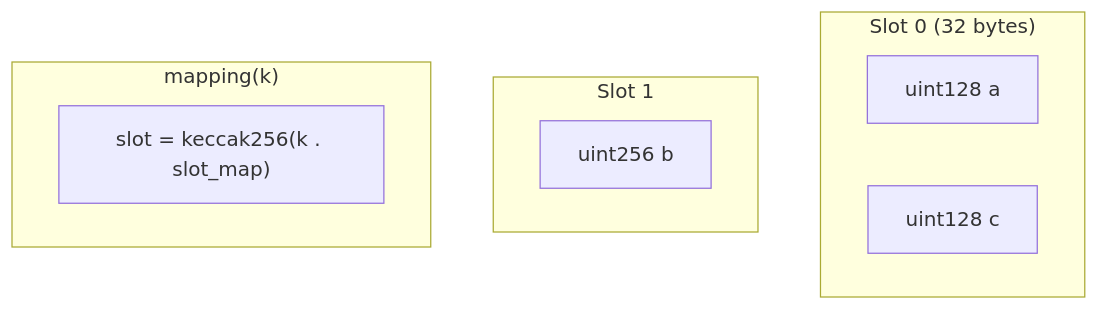
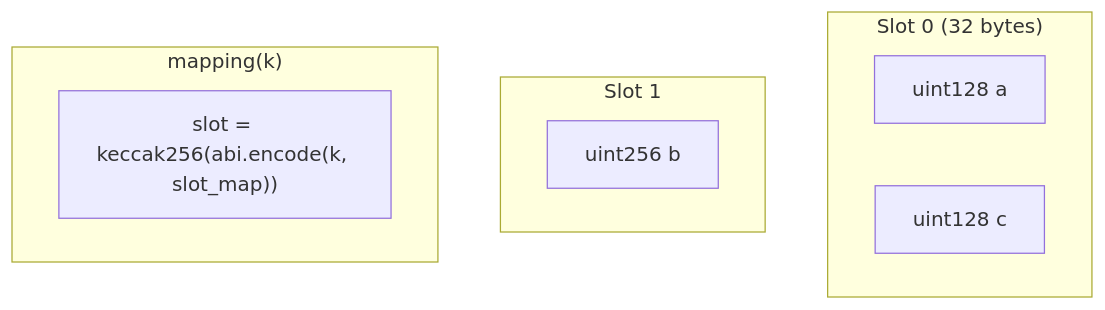
Before and after one commit to twodog-tt/Golang-development-manual: the diagram in docs/interview/13-solidity-contracts/S-SOLID-01-language-storage.md, drawn with Mermaid. The commit also changed other lines of this file and 438 other files, not shown here.

````diff
--- a/docs/interview/13-solidity-contracts/S-SOLID-01-language-storage.md
+++ b/docs/interview/13-solidity-contracts/S-SOLID-01-language-storage.md
@@ -45,13 +47,13 @@
 ```mermaid
 flowchart TB
   subgraph slot0["Slot 0 (32 bytes)"]
     A["uint128 a"]
     C["uint128 c"]
   end
   subgraph slot1["Slot 1"]
     B["uint256 b"]
   end
   subgraph slotN["mapping(k)"]
-    M["slot = keccak256(k . slot_map)"]
+    M["slot = keccak256(abi.encode(k, slot_map))"]
   end
 ```
````
